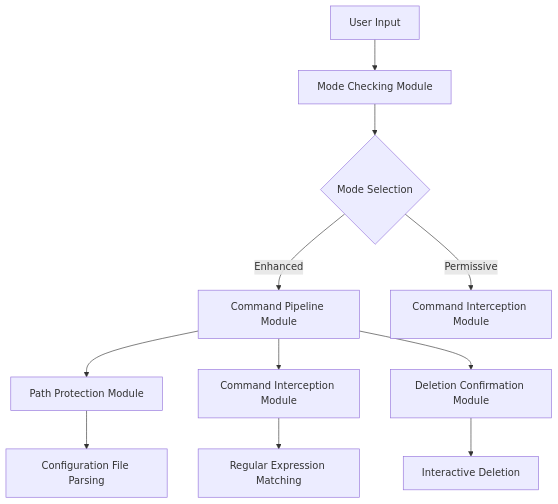
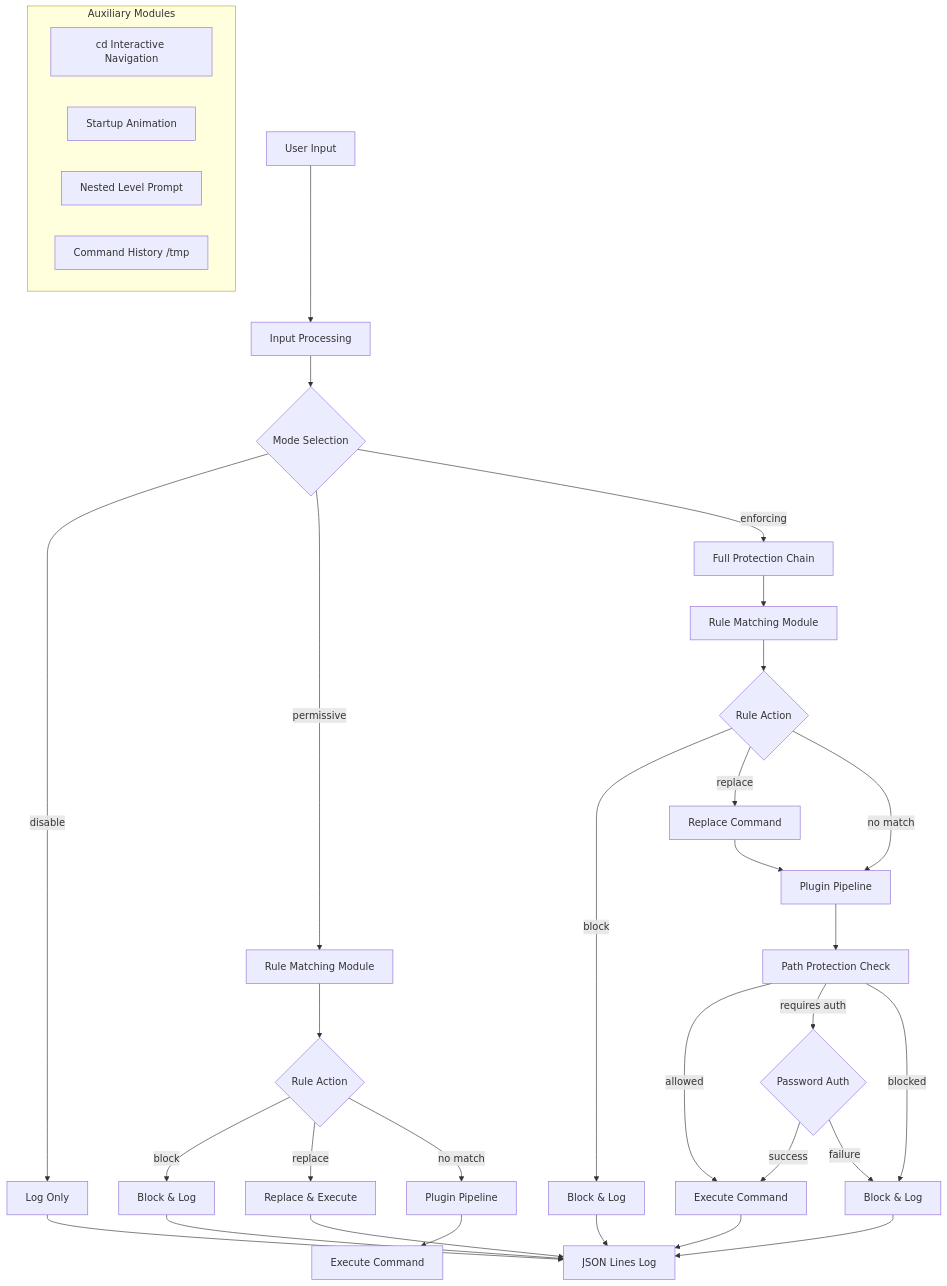
One commit to Geekstrange/Deeprotection changed the first of 2 diagrams in ARCHITECTURE.md. Above: the diagram before and after it, drawn with Mermaid. The commit also changed other lines of this file and 17 other files, not shown here.

First line of the commit message:
feat: rebuild shell with modular architecture, plugins, TOML config, job control

````diff
--- a/ARCHITECTURE.md
+++ b/ARCHITECTURE.md
@@ -8,13 +9,41 @@
 ```mermaid
 graph TD
-    A[User Input] --> B[Mode Checking Module]
+    A[User Input] --> B[Input Processing]
     B --> C{Mode Selection}
-    C -->|Enhanced| D[Command Pipeline Module]
-    C -->|Permissive| E[Command Interception Module]
-    D --> F[Path Protection Module]
-    D --> G[Command Interception Module]
-    D --> H[Deletion Confirmation Module]
-    F --> I[Configuration File Parsing]
-    G --> J[Regular Expression Matching]
-    H --> K[Interactive Deletion]
+    C -->|disable| D[Log Only]
+    C -->|permissive| E[Rule Matching Module]
+    C -->|enforcing| F[Full Protection Chain]
+
+    E --> G{Rule Action}
+    G -->|block| H[Block & Log]
+    G -->|replace| I[Replace & Execute]
+    G -->|no match| J[Plugin Pipeline]
+    J --> K[Execute Command]
+
+    F --> L[Rule Matching Module]
+    L --> M{Rule Action}
+    M -->|block| N[Block & Log]
+    M -->|replace| O[Replace Command]
+    O --> P[Plugin Pipeline]
+    M -->|no match| P
+    P --> Q[Path Protection Check]
+    Q -->|allowed| R[Execute Command]
+    Q -->|requires auth| S{Password Auth}
+    S -->|success| R
+    S -->|failure| T[Block & Log]
+    Q -->|blocked| T
+
+    D --> U[JSON Lines Log]
+    H --> U
+    I --> U
+    N --> U
+    R --> U
+    T --> U
+
+    subgraph Auxiliary Modules
+        V[cd Interactive Navigation]
+        W[Startup Animation]
+        X[Nested Level Prompt]
+        Y[Command History /tmp]
+    end
 ```
````
